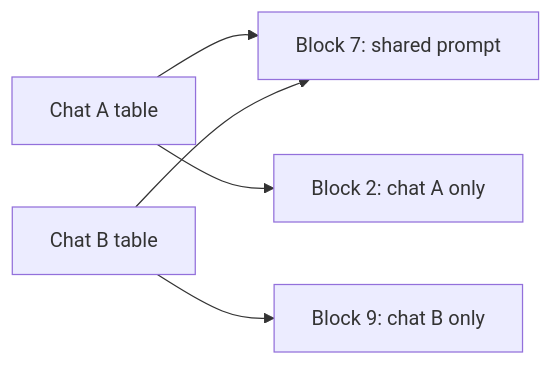
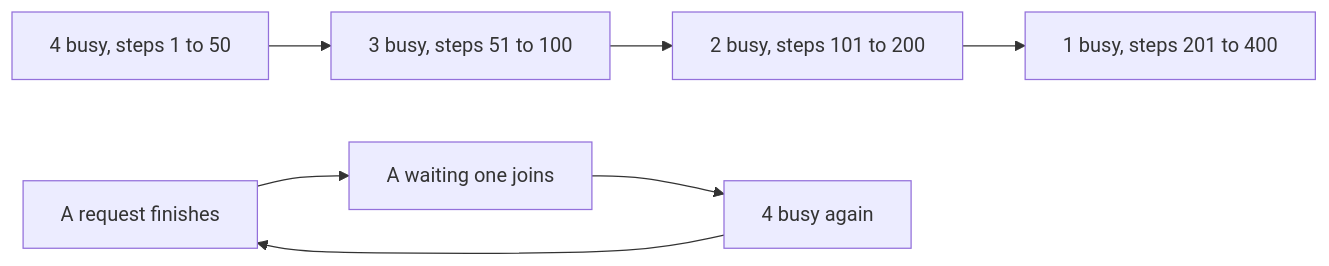
The diagram in courses/ai-engineering-interview/11-inference-and-serving/11.05-batching-and-paging.md (devweekends/Buildment), drawn with Mermaid before and after one commit. The commit also changed other lines of this file and 11 other files, not shown here.

````diff
--- a/courses/ai-engineering-interview/11-inference-and-serving/11.05-batching-and-paging.md
+++ b/courses/ai-engineering-interview/11-inference-and-serving/11.05-batching-and-paging.md
@@ -40,7 +35,9 @@
 ```mermaid
 flowchart LR
-  A[Chat A table] --> S[Block 7: shared prompt]
-  B[Chat B table] --> S
-  A --> X[Block 2: chat A only]
-  B --> Y[Block 9: chat B only]
+  A[4 busy, steps 1 to 50] --> B[3 busy, steps 51 to 100]
+  B --> C[2 busy, steps 101 to 200]
+  C --> D[1 busy, steps 201 to 400]
+  E[A request finishes] --> F[A waiting one joins]
+  F --> G[4 busy again]
+  G --> E
 ```
````
